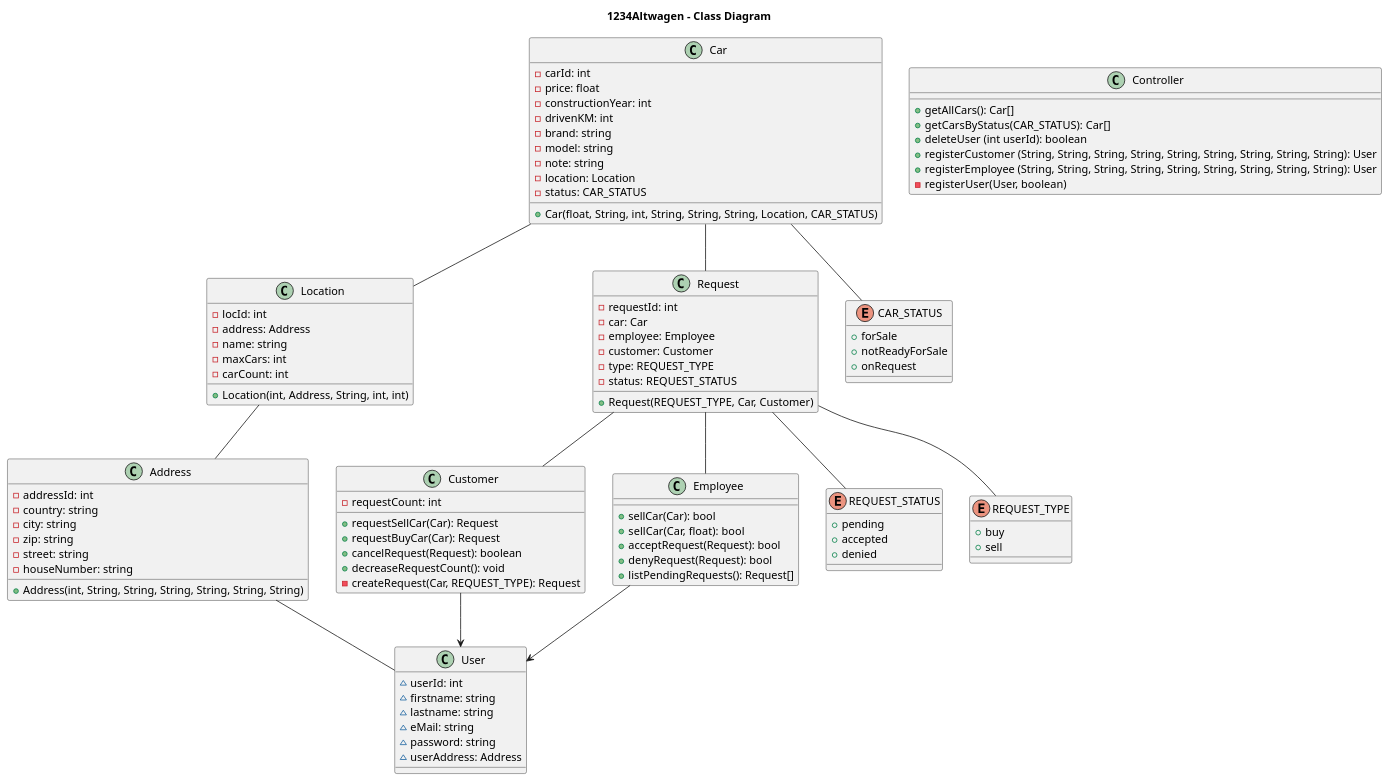
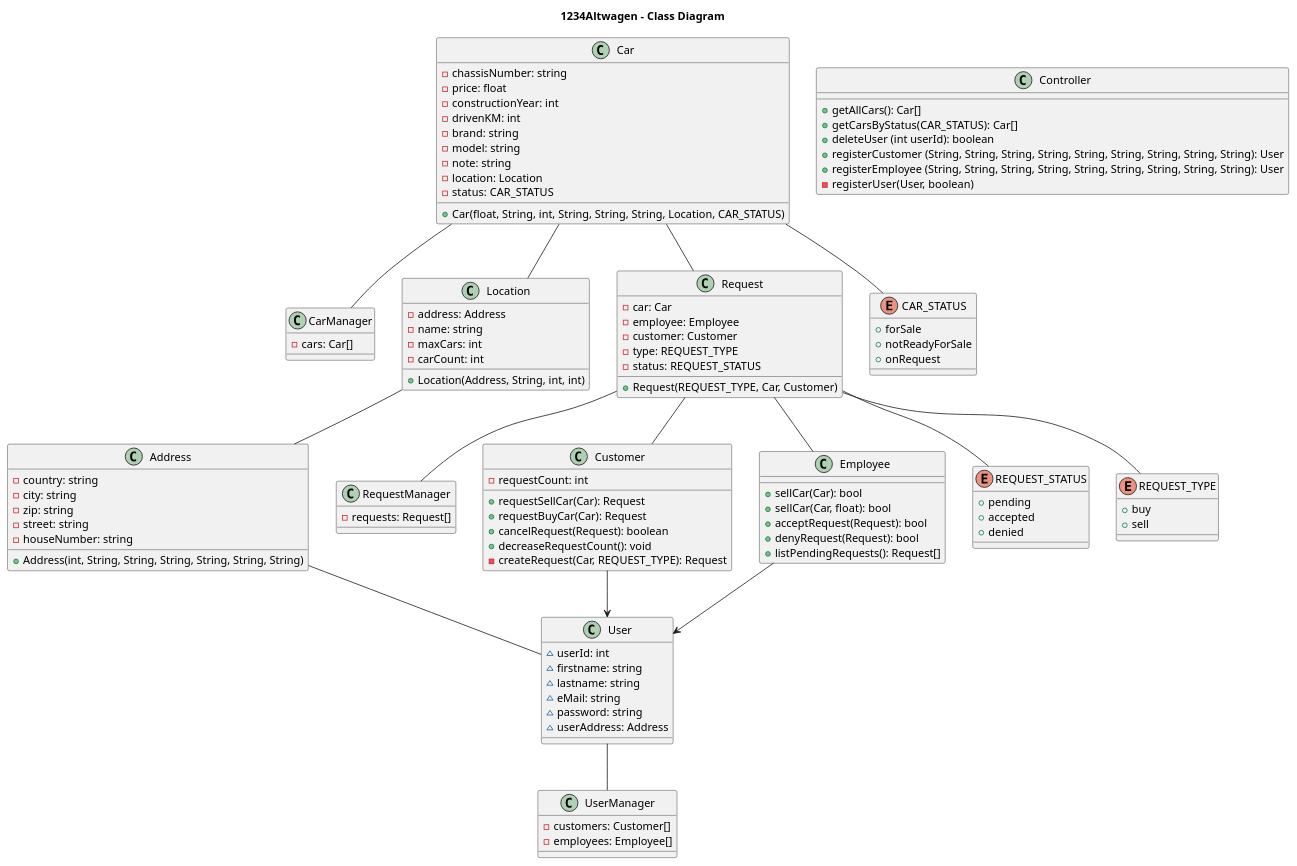
One commit to fh-erfurt/1234Altwagen changed the diagram in klassendiagramm.iuml. Above: the diagram before and after it, drawn with PlantUML.

```diff
--- a/klassendiagramm.iuml
+++ b/klassendiagramm.iuml
@@ -1,109 +1,122 @@
 @startuml
 title 1234Altwagen - Class Diagram
 
 
+class CarManager {
+    -cars: Car[]
+}
+
 class Car {
-    -carId: int
+    -chassisNumber: string
     -price: float
     -constructionYear: int
     -drivenKM: int
     -brand: string
     -model: string
     -note: string
     -location: Location
     -status: CAR_STATUS
     +Car(float, String, int, String, String, String, Location, CAR_STATUS)
 }
 
 class Location {
-    -locId: int
     -address: Address
     -name: string
     -maxCars: int
     -carCount: int
-    +Location(int, Address, String, int, int)
+    +Location(Address, String, int, int)
+}
+
+class RequestManager {
+    -requests: Request[]
 }
 
 class Request {
-    -requestId: int
     -car: Car
     -employee: Employee
     -customer: Customer
     -type: REQUEST_TYPE
     -status: REQUEST_STATUS
     +Request(REQUEST_TYPE, Car, Customer)
 }
 
 class Address {
-    -addressId: int
     -country: string
     -city: string
     -zip: string
     -street: string
     -houseNumber: string
     +Address(int, String, String, String, String, String, String)
 }
 
 class Controller {
     +getAllCars(): Car[]
     +getCarsByStatus(CAR_STATUS): Car[]
     +deleteUser (int userId): boolean
     +registerCustomer (String, String, String, String, String, String, String, String, String): User
     +registerEmployee (String, String, String, String, String, String, String, String, String): User
     -registerUser(User, boolean)
+}
+
+class UserManager {
+    -customers: Customer[]
+    -employees: Employee[]
 }
 
 class User {
     ~userId: int
     ~firstname: string
     ~lastname: string
     ~eMail: string
     ~password: string
     ~userAddress: Address
 }
 class Customer {
     -requestCount: int
     +requestSellCar(Car): Request
     +requestBuyCar(Car): Request
     +cancelRequest(Request): boolean
     +decreaseRequestCount(): void
     -createRequest(Car, REQUEST_TYPE): Request
 }
 class Employee {
     +sellCar(Car): bool
     +sellCar(Car, float): bool
     +acceptRequest(Request): bool
     +denyRequest(Request): bool
     +listPendingRequests(): Request[]
 }
 
 enum CAR_STATUS {
     +forSale
     +notReadyForSale
     +onRequest
 }
 
 enum REQUEST_STATUS {
     +pending
     +accepted
     +denied
 }
 
 enum REQUEST_TYPE {
     +buy
     +sell
 }
 
 Customer --> User
 Employee --> User
 
+Car -- CarManager
+Request -- RequestManager
+User -- UserManager
 Car -- Location
 Car -- Request
 Location -- Address
 Request -- Customer
 Request -- Employee
 Address -- User
 Car -- CAR_STATUS
 Request -- REQUEST_TYPE
 Request -- REQUEST_STATUS
 @enduml
```
